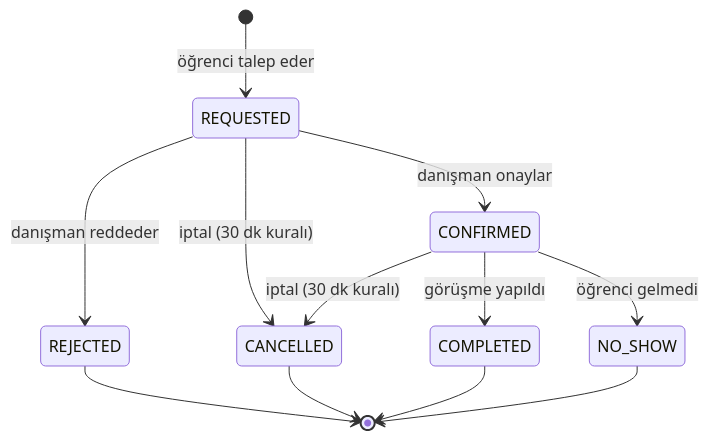
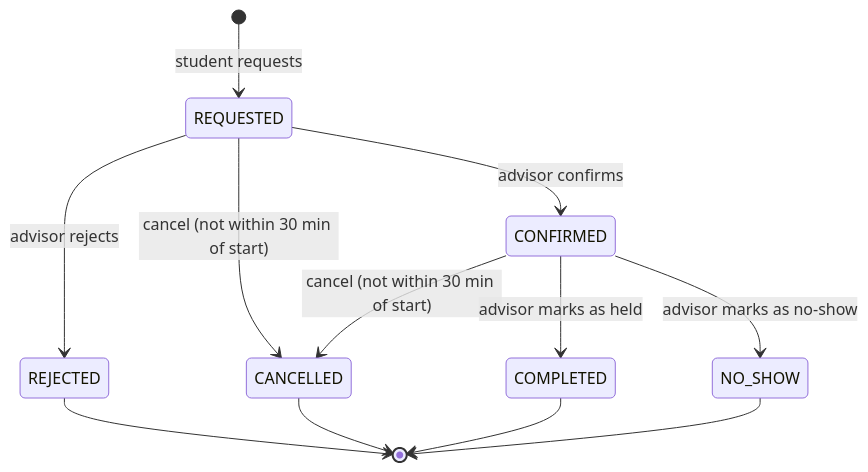
One commit to seng321-group8/SENG321-Project changed the fourth of 4 diagrams in docs/architecture/appointment-change.md. Above: the diagram before and after it, drawn with Mermaid. The commit also changed other lines of this file, not shown here.

Commit message:
docs(architecture): align sequence diagrams with OpenAPI v0.5.0 (#68)

````diff
--- a/docs/architecture/appointment-change.md
+++ b/docs/architecture/appointment-change.md
@@ -104,14 +121,14 @@
 ```mermaid
 stateDiagram-v2
-    [*] --> REQUESTED : öğrenci talep eder
-    REQUESTED --> CONFIRMED : danışman onaylar
-    REQUESTED --> REJECTED : danışman reddeder
-    REQUESTED --> CANCELLED : iptal (30 dk kuralı)
-    CONFIRMED --> CANCELLED : iptal (30 dk kuralı)
-    CONFIRMED --> COMPLETED : görüşme yapıldı
-    CONFIRMED --> NO_SHOW : öğrenci gelmedi
+    [*] --> REQUESTED : student requests
+    REQUESTED --> CONFIRMED : advisor confirms
+    REQUESTED --> REJECTED : advisor rejects
+    REQUESTED --> CANCELLED : cancel (not within 30 min of start)
+    CONFIRMED --> CANCELLED : cancel (not within 30 min of start)
+    CONFIRMED --> COMPLETED : advisor marks as held
+    CONFIRMED --> NO_SHOW : advisor marks as no-show
     REJECTED --> [*]
     CANCELLED --> [*]
     COMPLETED --> [*]
     NO_SHOW --> [*]
 ```
````
